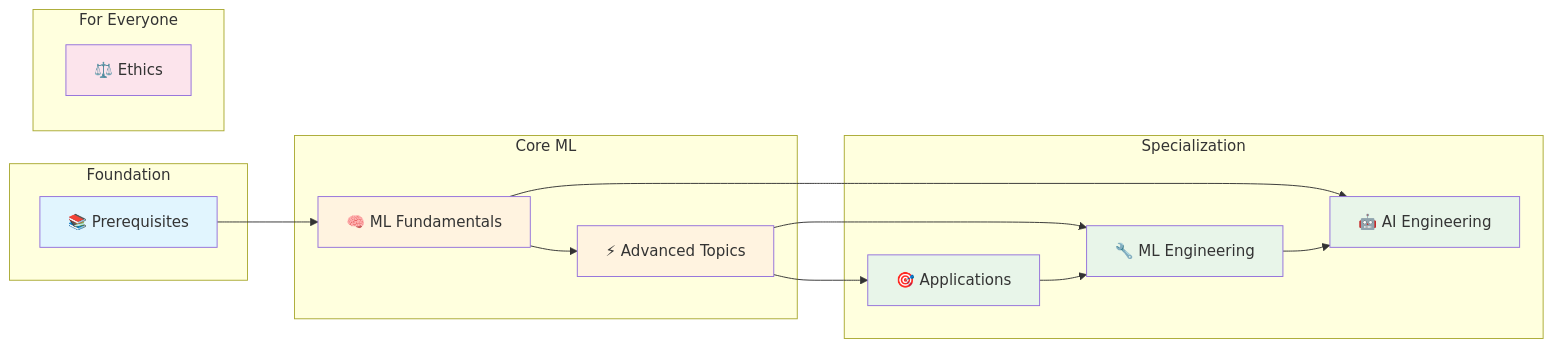
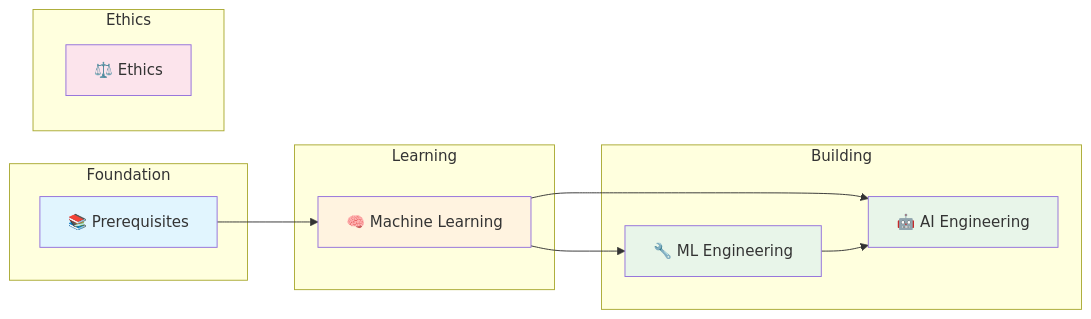
Before and after one commit to bhardwajRahul/essential-ml-roadmap: the diagram in README.md, drawn with Mermaid. The commit also changed other lines of this file and 10 other files, not shown here.

````diff
--- a/README.md
+++ b/README.md
@@ -22,37 +22,30 @@
 ```mermaid
 graph LR
     subgraph Foundation
         PREREQ[📚 Prerequisites]
     end
 
-    subgraph "Core ML"
-        MLF[🧠 ML Fundamentals]
-        ADV[⚡ Advanced Topics]
+    subgraph Learning
+        ML[🧠 Machine Learning]
     end
 
-    subgraph "Specialization"
-        APP[🎯 Applications]
+    subgraph Building
         AIE[🤖 AI Engineering]
         MLE[🔧 ML Engineering]
     end
 
-    subgraph "For Everyone"
+    subgraph Ethics
         ETH[⚖️ Ethics]
     end
 
-    PREREQ --> MLF
-    MLF --> ADV
-    MLF --> AIE
-    ADV --> APP
-    ADV --> MLE
-    APP --> MLE
+    PREREQ --> ML
+    ML --> AIE
+    ML --> MLE
     MLE --> AIE
 
     style PREREQ fill:#e1f5fe
-    style MLF fill:#fff3e0
-    style ADV fill:#fff3e0
-    style APP fill:#e8f5e9
+    style ML fill:#fff3e0
     style AIE fill:#e8f5e9
     style MLE fill:#e8f5e9
     style ETH fill:#fce4ec
 ```
````
